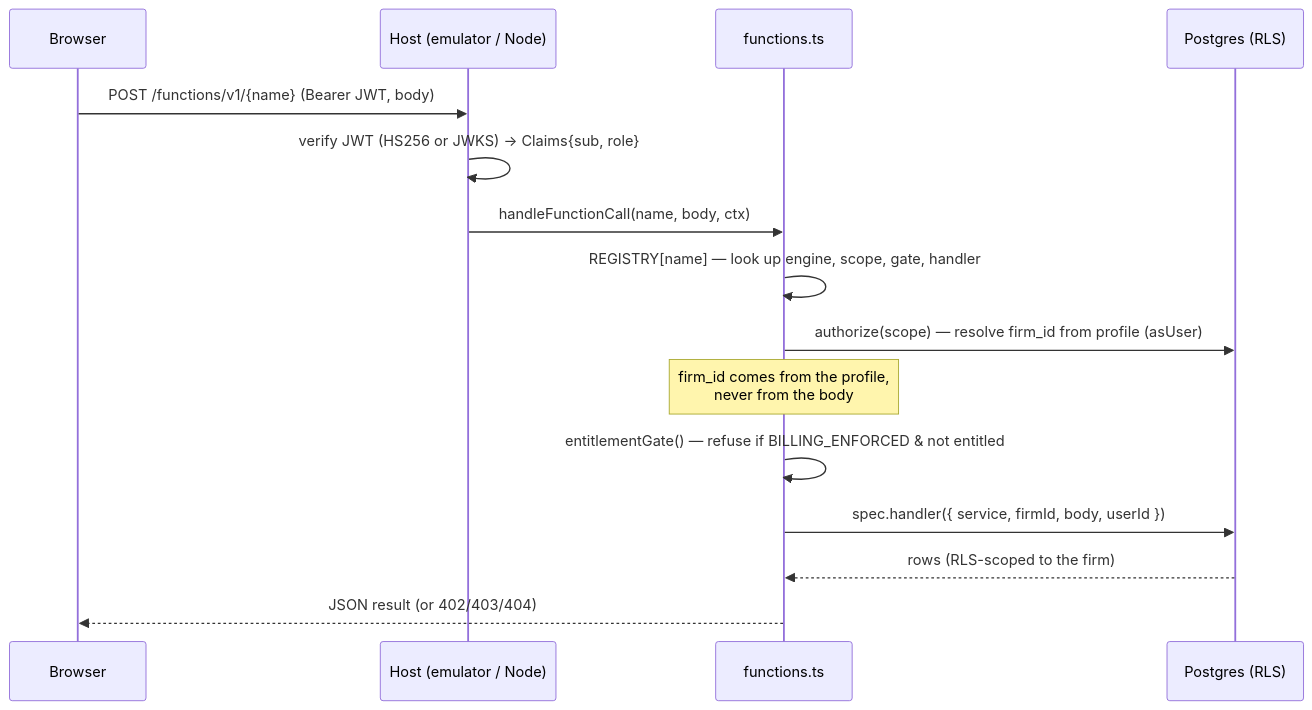
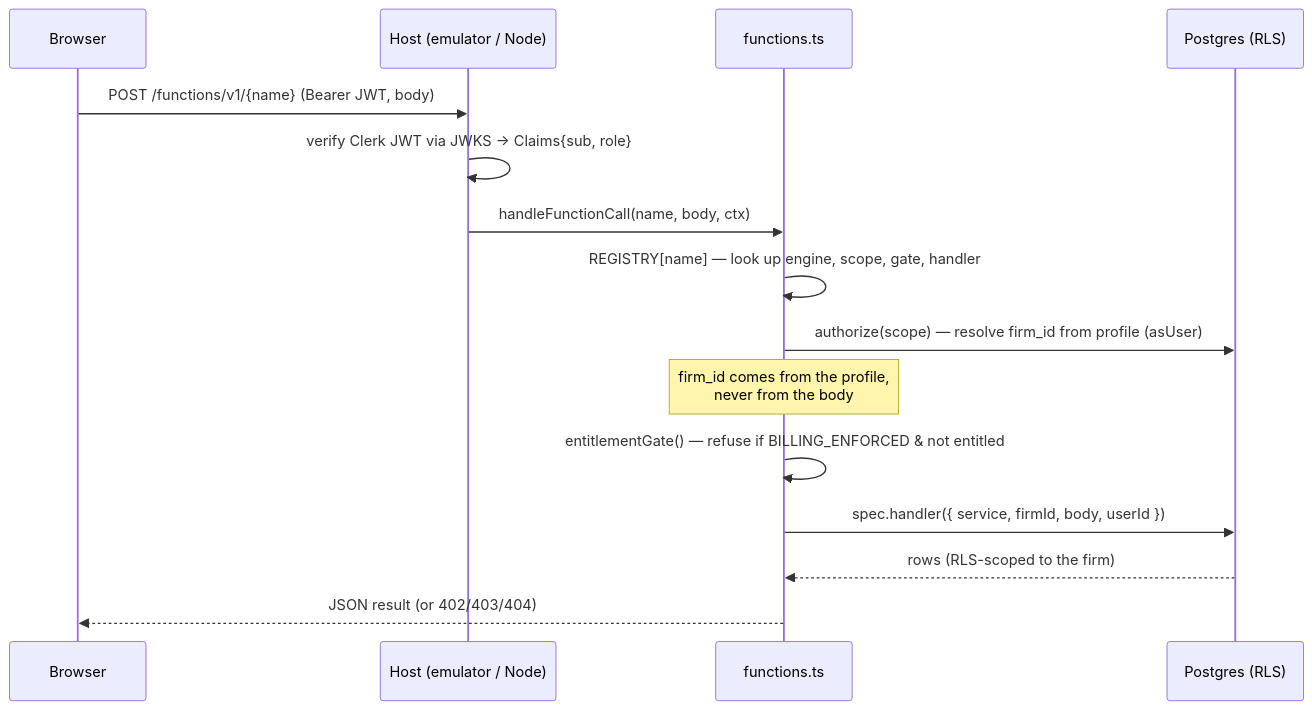
The second of 6 diagrams in docs/28-architecture-map.md (matthew-fsc/exitblueprint-mvp), drawn with Mermaid before and after one commit. The commit also changed other lines of this file and 57 other files, not shown here.

First line of the commit message:
docs: consolidate doc set, align roadmap, archive historical audits

````diff
--- a/docs/28-architecture-map.md
+++ b/docs/28-architecture-map.md
@@ -62,18 +63,18 @@
 ```mermaid
 sequenceDiagram
   participant B as Browser
   participant H as Host (emulator / Node)
   participant R as functions.ts
   participant DB as Postgres (RLS)
 
   B->>H: POST /functions/v1/{name} (Bearer JWT, body)
-  H->>H: verify JWT (HS256 or JWKS) → Claims{sub, role}
+  H->>H: verify Clerk JWT via JWKS → Claims{sub, role}
   H->>R: handleFunctionCall(name, body, ctx)
   R->>R: REGISTRY[name] — look up engine, scope, gate, handler
   R->>DB: authorize(scope) — resolve firm_id from profile (asUser)
   Note over R: firm_id comes from the profile,<br/>never from the body
   R->>R: entitlementGate() — refuse if BILLING_ENFORCED & not entitled
   R->>DB: spec.handler({ service, firmId, body, userId })
   DB-->>R: rows (RLS-scoped to the firm)
   R-->>B: JSON result (or 402/403/404)
 ```
````
